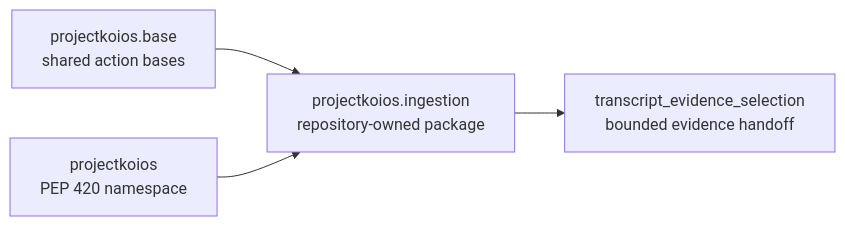
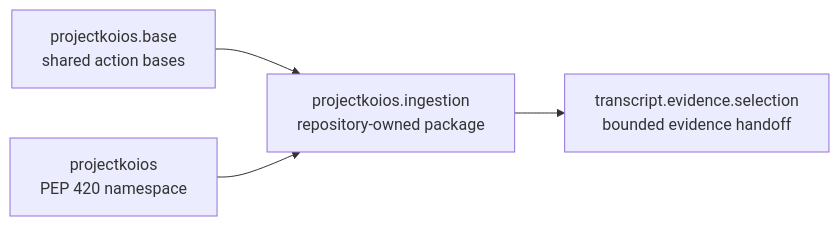
One commit to eragasa/projectkoios-ingestion changed the diagram in docs/architecture/projectkoios/schematic.md. Above: the diagram before and after it, drawn with Mermaid. The commit also changed 49 other files, not shown here.

Commit message:
Refactor transcript evidence selection package

````diff
--- a/docs/architecture/projectkoios/schematic.md
+++ b/docs/architecture/projectkoios/schematic.md
@@ -3,11 +3,11 @@
 ```mermaid
 flowchart LR
     Base["projectkoios.base<br/>shared action bases"]
     Namespace["projectkoios<br/>PEP 420 namespace"]
     Ingestion["projectkoios.ingestion<br/>repository-owned package"]
-    Selection["transcript_evidence_selection<br/>bounded evidence handoff"]
+    Selection["transcript.evidence.selection<br/>bounded evidence handoff"]
 
     Base --> Ingestion
     Namespace --> Ingestion
     Ingestion --> Selection
 ```
````
